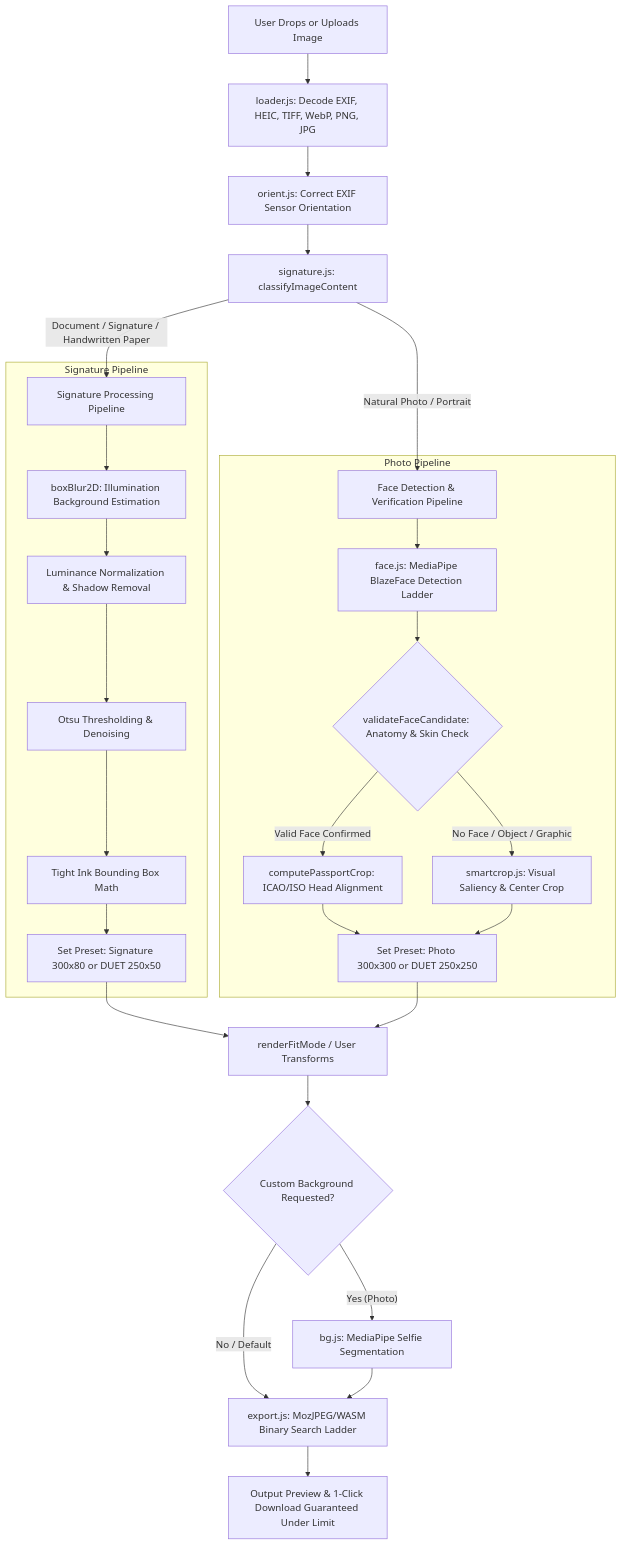
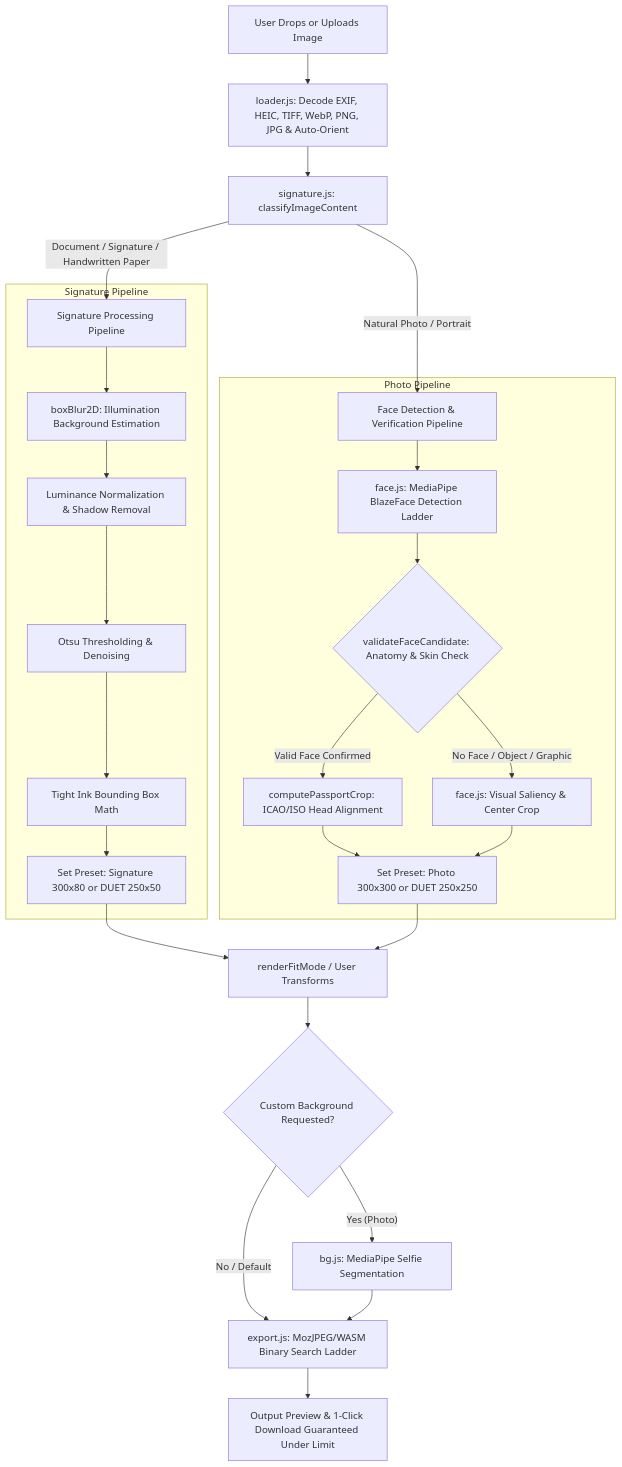
The diagram in README.md (humayunk45423/SnapSignFit), drawn with Mermaid before and after one commit. The commit also changed other lines of this file and 101 other files, not shown here.

````diff
--- a/README.md
+++ b/README.md
@@ -38,36 +38,35 @@
 ```mermaid
 graph TD
-    Upload[User Drops or Uploads Image] --> Loader[loader.js: Decode EXIF, HEIC, TIFF, WebP, PNG, JPG]
-    Loader --> Orient[orient.js: Correct EXIF Sensor Orientation]
-    Orient --> Classifier[signature.js: classifyImageContent]
+    Upload[User Drops or Uploads Image] --> Loader[loader.js: Decode EXIF, HEIC, TIFF, WebP, PNG, JPG & Auto-Orient]
+    Loader --> Classifier[signature.js: classifyImageContent]
     
     Classifier -- "Document / Signature / Handwritten Paper" --> SigPipeline[Signature Processing Pipeline]
     Classifier -- "Natural Photo / Portrait" --> FacePipeline[Face Detection & Verification Pipeline]
     
     subgraph "Signature Pipeline"
         SigPipeline --> BoxBlur[boxBlur2D: Illumination Background Estimation]
         BoxBlur --> Norm[Luminance Normalization & Shadow Removal]
         Norm --> Otsu[Otsu Thresholding & Denoising]
         Otsu --> SigCrop[Tight Ink Bounding Box Math]
         SigCrop --> AutoPresetSig[Set Preset: Signature 300x80 or DUET 250x50]
     end
     
     subgraph "Photo Pipeline"
         FacePipeline --> BlazeFace[face.js: MediaPipe BlazeFace Detection Ladder]
         BlazeFace --> FaceVal{validateFaceCandidate: Anatomy & Skin Check}
         FaceVal -- "Valid Face Confirmed" --> PassportMath[computePassportCrop: ICAO/ISO Head Alignment]
-        FaceVal -- "No Face / Object / Graphic" --> Saliency[smartcrop.js: Visual Saliency & Center Crop]
+        FaceVal -- "No Face / Object / Graphic" --> Saliency[face.js: Visual Saliency & Center Crop]
         PassportMath --> AutoPresetPhoto[Set Preset: Photo 300x300 or DUET 250x250]
         Saliency --> AutoPresetPhoto
     end
     
     AutoPresetSig --> Render[renderFitMode / User Transforms]
     AutoPresetPhoto --> Render
     
     Render --> BgFilter{Custom Background Requested?}
     BgFilter -- "Yes (Photo)" --> BgEngine[bg.js: MediaPipe Selfie Segmentation]
     BgFilter -- "No / Default" --> Export[export.js: MozJPEG/WASM Binary Search Ladder]
     BgEngine --> Export
     
     Export --> Output[Output Preview & 1-Click Download Guaranteed Under Limit]
 ```
````
